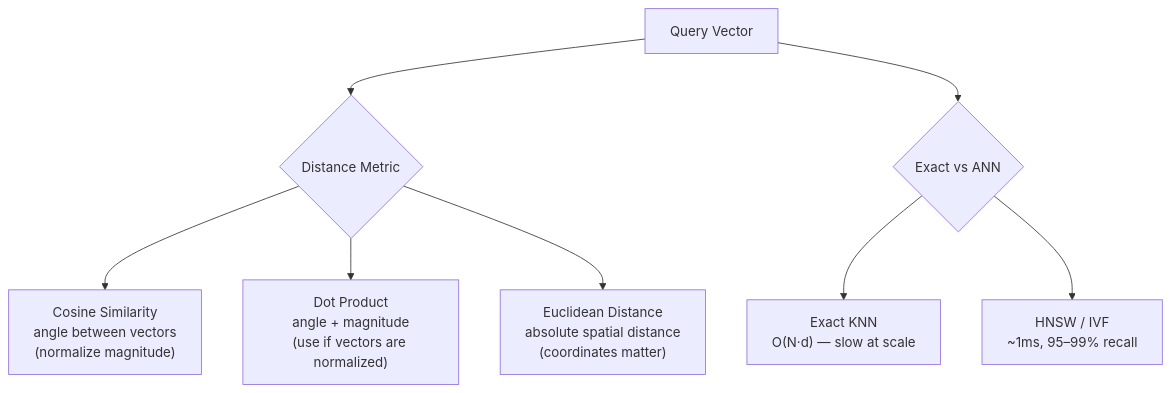
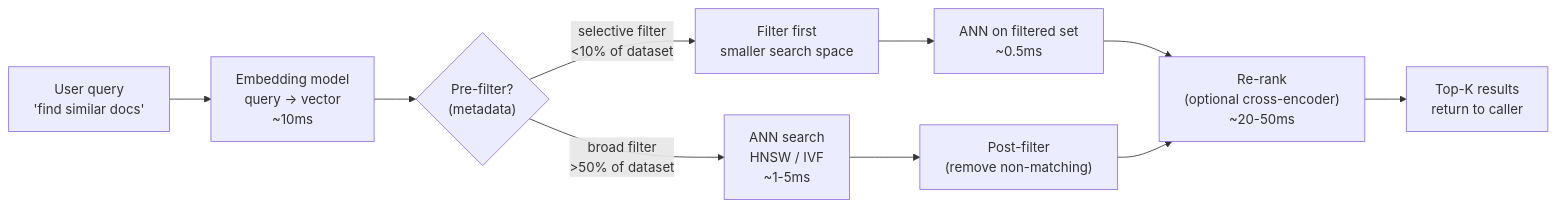
The first of 4 diagrams in docs-site/content/15-vector-databases/concepts/similarity-search.md (gauravprwl14/system-design-course), drawn with Mermaid before and after one commit. The commit also changed other lines of this file and 19 other files, not shown here.

````diff
--- a/docs-site/content/15-vector-databases/concepts/similarity-search.md
+++ b/docs-site/content/15-vector-databases/concepts/similarity-search.md
@@ -23,10 +64,12 @@
 ```mermaid
-flowchart TD
-    Query["Query Vector"] --> Metric{"Distance Metric"}
-    Metric --> Cosine["Cosine Similarity\nangle between vectors\n(normalize magnitude)"]
-    Metric --> Dot["Dot Product\nangle + magnitude\n(use if vectors are normalized)"]
-    Metric --> Euclid["Euclidean Distance\nabsolute spatial distance\n(coordinates matter)"]
-    Query --> ANN{"Exact vs ANN"}
-    ANN --> Exact["Exact KNN\nO(N·d) — slow at scale"]
-    ANN --> HNSW["HNSW / IVF\n~1ms, 95–99% recall"]
+flowchart LR
+    Q["User query\n'find similar docs'"] --> E["Embedding model\nquery → vector\n~10ms"]
+    E --> F{"Pre-filter?\n(metadata)"}
+    F -->|"selective filter\n<10% of dataset"| PF["Filter first\nsmaller search space"]
+    F -->|"broad filter\n>50% of dataset"| ANN["ANN search\nHNSW / IVF\n~1-5ms"]
+    PF --> ANN2["ANN on filtered set\n~0.5ms"]
+    ANN --> Post["Post-filter\n(remove non-matching)"]
+    ANN2 --> RR["Re-rank\n(optional cross-encoder)\n~20-50ms"]
+    Post --> RR
+    RR --> Res["Top-K results\nreturn to caller"]
 ```
````
